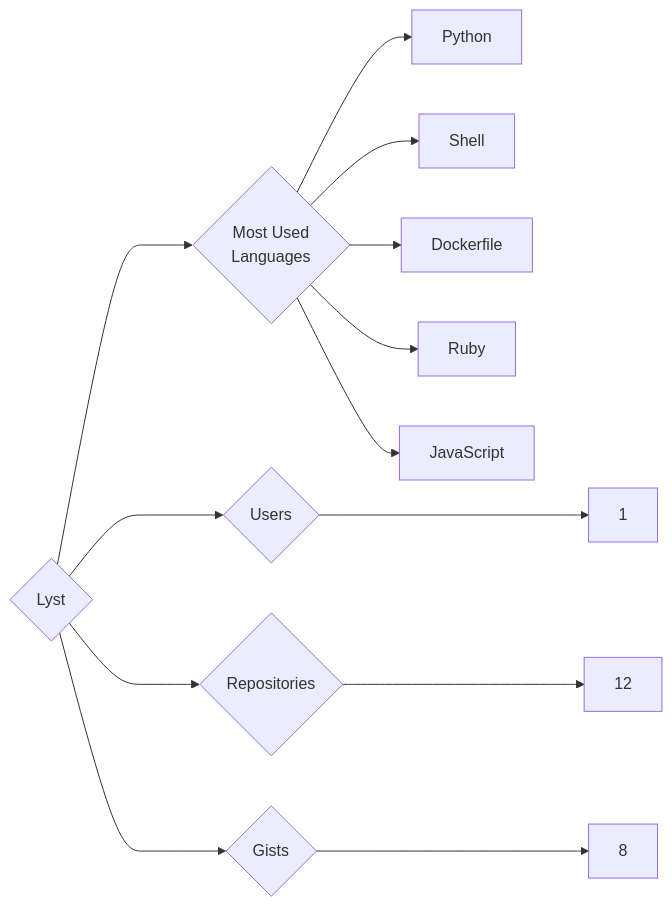
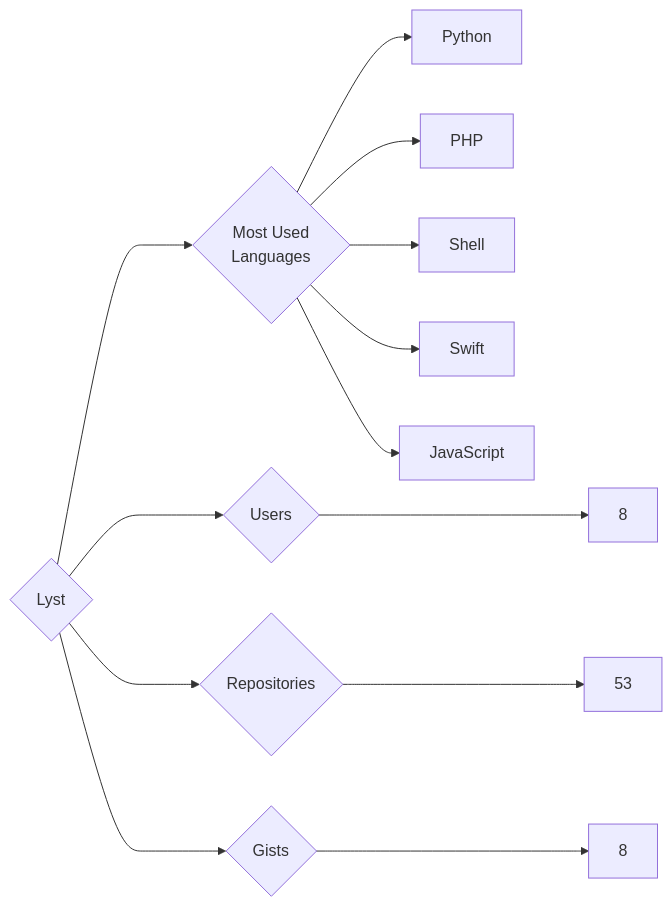
The diagram in targets/Lyst/README.md (trickest/insiders), drawn with Mermaid before and after one commit. The commit also changed 748 other files, not shown here.

````diff
--- a/targets/Lyst/README.md
+++ b/targets/Lyst/README.md
@@ -3,13 +3,13 @@
 ```mermaid
 graph LR
 COMPANY_NAME{Lyst}
-COMPANY_NAME ---> U{Users} ---> UN[1]
-COMPANY_NAME ---> R{Repositories} ---> RN[12]
+COMPANY_NAME ---> U{Users} ---> UN[8]
+COMPANY_NAME ---> R{Repositories} ---> RN[53]
 COMPANY_NAME ---> G{Gists} ---> GN[8]
 COMPANY_NAME ---> ML{Most Used<br>Languages}
 ML --> Python[Python]
+ML --> PHP[PHP]
 ML --> Shell[Shell]
-ML --> Dockerfile[Dockerfile]
-ML --> Ruby[Ruby]
+ML --> Swift[Swift]
 ML --> JavaScript[JavaScript]
 ```
````
